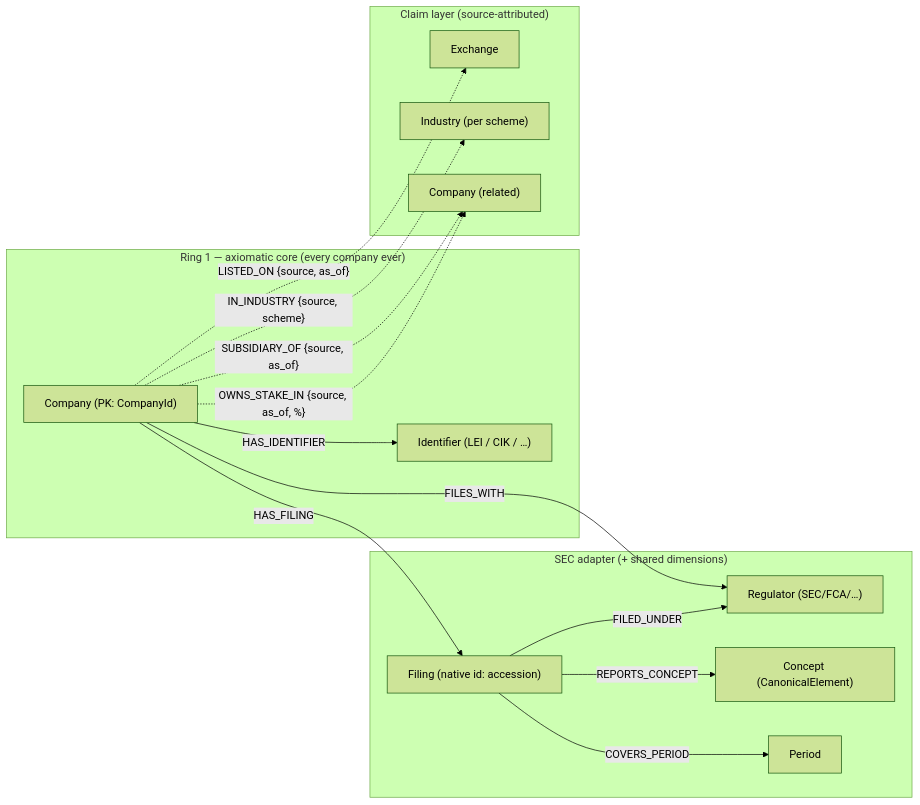
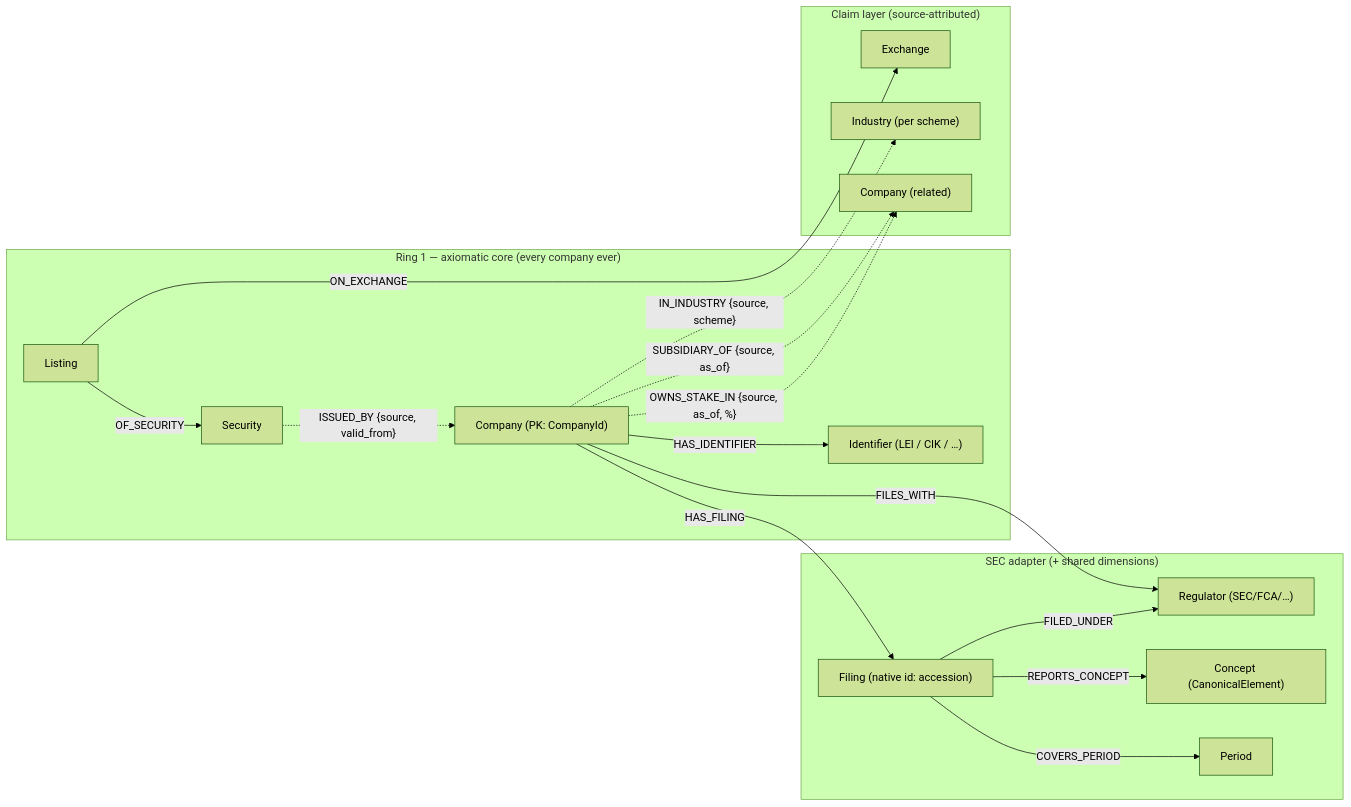
One commit to ironcapitaleu/arkad changed the second of 4 diagrams in sec/design/data_model/hybrid_data_model.md. Above: the diagram before and after it, drawn with Mermaid (forest theme). The commit also changed other lines of this file and 4 other files, not shown here.

````diff
--- a/sec/design/data_model/hybrid_data_model.md
+++ b/sec/design/data_model/hybrid_data_model.md
@@ -302,28 +313,32 @@
 ```mermaid
 graph LR
   subgraph CoreAx["Ring 1 — axiomatic core (every company ever)"]
     C["Company (PK: CompanyId)"]
     ID["Identifier (LEI / CIK / …)"]
+    S["Security"]
+    L["Listing"]
   end
   subgraph Adapter["SEC adapter (+ shared dimensions)"]
     R["Regulator (SEC/FCA/…)"]
     F["Filing (native id: accession)"]
     K["Concept (CanonicalElement)"]
     P["Period"]
   end
   subgraph Claims["Claim layer (source-attributed)"]
     E["Exchange"]
     I["Industry (per scheme)"]
     C2["Company (related)"]
   end
   C -- HAS_IDENTIFIER --> ID
   C -- HAS_FILING --> F
   C -- FILES_WITH --> R
   F -- FILED_UNDER --> R
   F -- COVERS_PERIOD --> P
   F -- REPORTS_CONCEPT --> K
-  C -. "LISTED_ON {source, as_of}" .-> E
+  S -. "ISSUED_BY {source, valid_from}" .-> C
+  L -- OF_SECURITY --> S
+  L -- ON_EXCHANGE --> E
   C -. "IN_INDUSTRY {source, scheme}" .-> I
   C -. "SUBSIDIARY_OF {source, as_of}" .-> C2
   C -. "OWNS_STAKE_IN {source, as_of, %}" .-> C2
 ```
````
